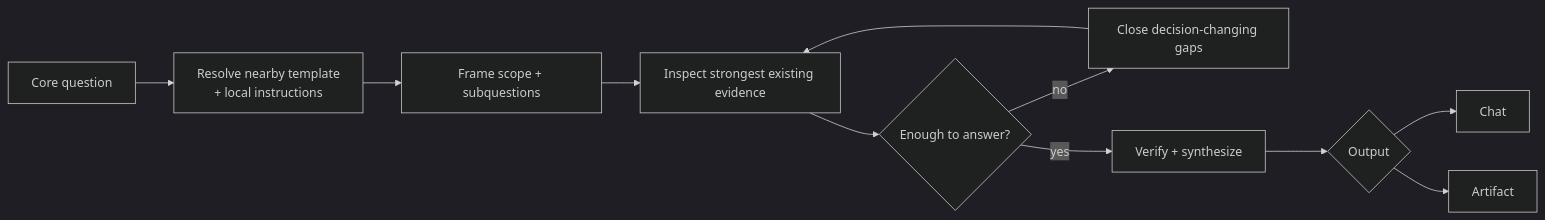
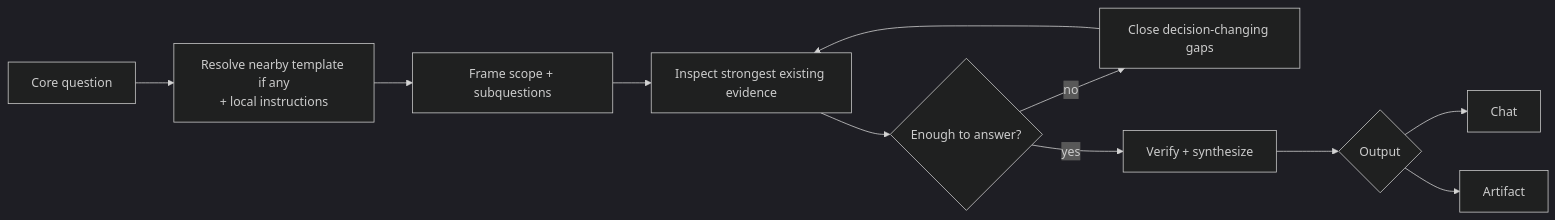
Before and after one commit to mols3131d/hmda-data-reliability: the diagram in .agents/skills/pivot-research-workspace/references/workflow.md, drawn with Mermaid (dark theme).

Commit message:
docs: refine research Mermaid optional template

````diff
--- a/.agents/skills/pivot-research-workspace/references/workflow.md
+++ b/.agents/skills/pivot-research-workspace/references/workflow.md
@@ -7,15 +7,15 @@
 ```mermaid
 flowchart LR
-    question["Core question"] --> template["Resolve nearby template<br/>+ local instructions"]
-    template --> scope["Frame scope + subquestions"]
+    question["Core question"] --> context["Resolve nearby template if any<br/>+ local instructions"]
+    context --> scope["Frame scope + subquestions"]
     scope --> evidence["Inspect strongest existing evidence"]
     evidence --> enough{"Enough to answer?"}
 
     enough -->|no| gaps["Close decision-changing gaps"]
     gaps --> evidence
 
     enough -->|yes| synthesize["Verify + synthesize"]
     synthesize --> output{"Output"}
     output --> chat["Chat"]
     output --> artifact["Artifact"]
 ```
````
